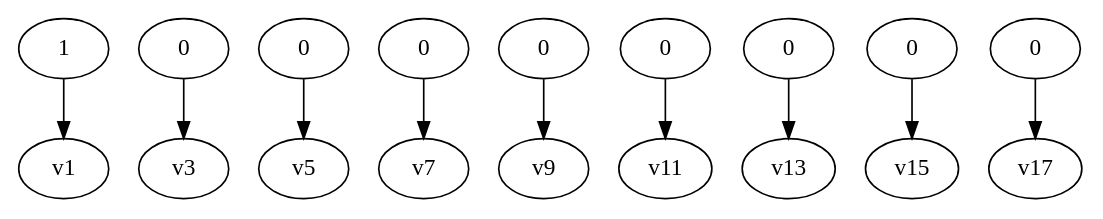
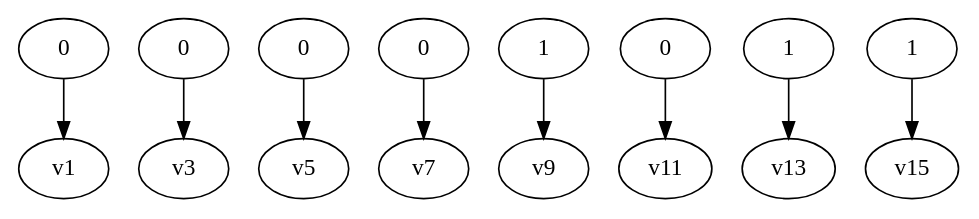
One commit to yadej/graph_project changed the diagram in dot_files/testBinary.dot. Above: the diagram before and after it, drawn with Graphviz. The commit also changed 3 other files, not shown here.

```diff
--- a/dot_files/testBinary.dot
+++ b/dot_files/testBinary.dot
@@ -1,20 +1,18 @@
 digraph G { 
-v0 [label="1"]; 
+v0 [label="0"]; 
 v2 [label="0"]; 
 v4 [label="0"]; 
 v6 [label="0"]; 
-v8 [label="0"]; 
+v8 [label="1"]; 
 v10 [label="0"]; 
-v12 [label="0"]; 
-v14 [label="0"]; 
-v16 [label="0"]; 
+v12 [label="1"]; 
+v14 [label="1"]; 
 v0 -> v1;
 v2 -> v3;
 v4 -> v5;
 v6 -> v7;
 v8 -> v9;
 v10 -> v11;
 v12 -> v13;
 v14 -> v15;
-v16 -> v17;
 }
```
